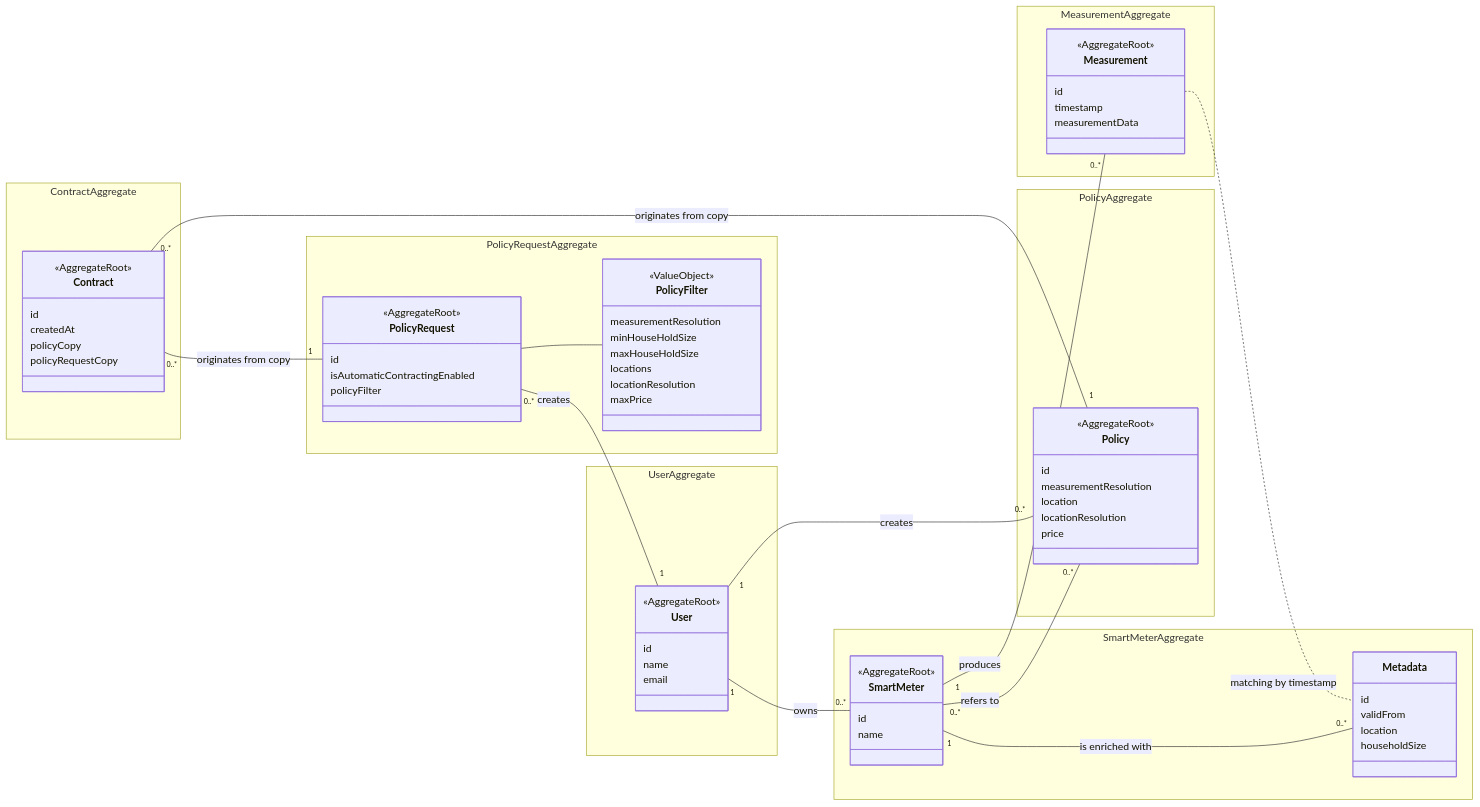
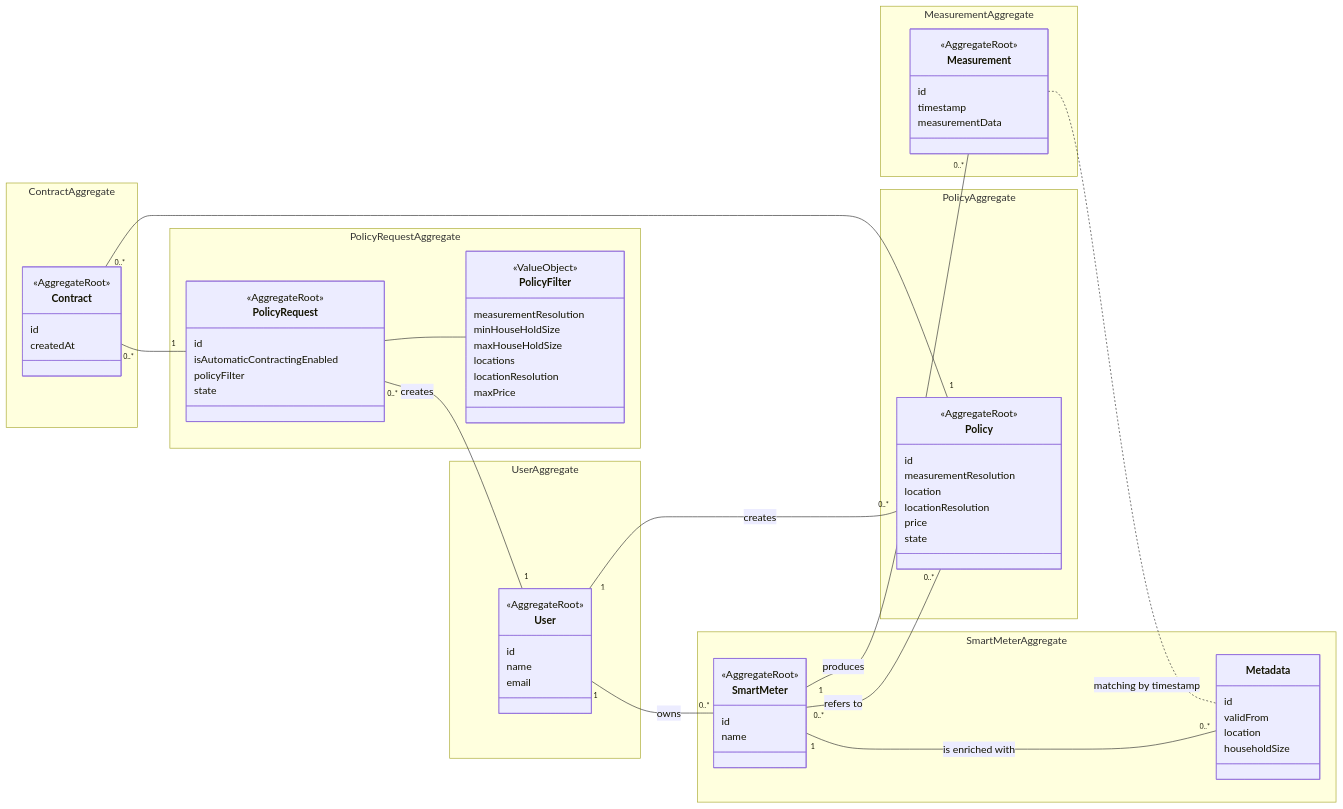
Before and after one commit to SM-MAMI/smaiax-backend: the diagram in README.md, drawn with Mermaid. The commit also changed 10 other files, not shown here.

```diff
--- a/README.md
+++ b/README.md
@@ -54,6 +54,7 @@
             location
             locationResolution
             price
+            state
         }
     }
 
@@ -63,6 +64,7 @@
             id
             isAutomaticContractingEnabled
             policyFilter
+            state
         }
 
         class PolicyFilter {
@@ -81,14 +83,12 @@
             <<AggregateRoot>>
             id
             createdAt
-            policyCopy
-            policyRequestCopy
         }
 }
 
 Measurement .. Metadata : matching by timestamp
-Contract "0..*" -- "1" Policy : originates from copy
-Contract "0..*" -- "1" PolicyRequest : originates from copy
+Contract "0..*" -- "1" Policy
+Contract "0..*" -- "1" PolicyRequest
 Policy "0..*" -- "1" User : creates
 PolicyRequest -- PolicyFilter
 PolicyRequest "0..*" -- "1" User : creates
```
